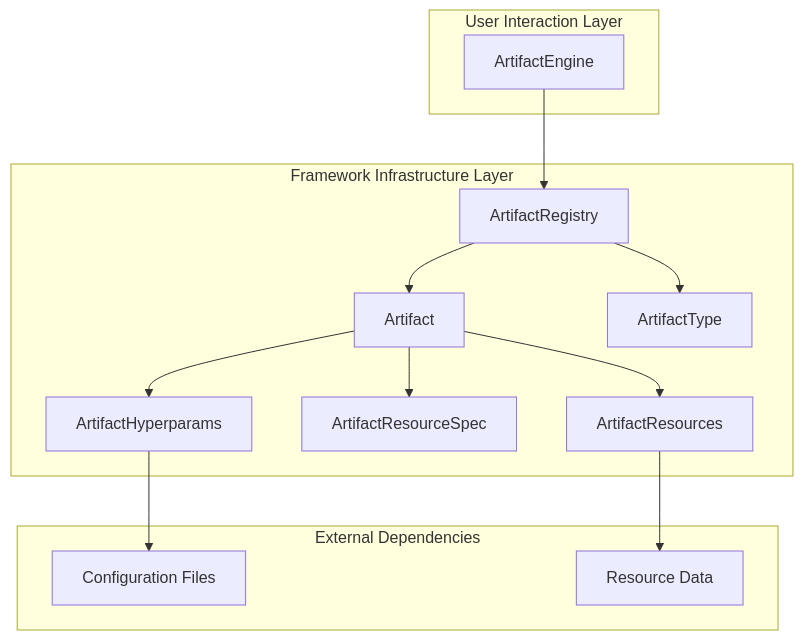
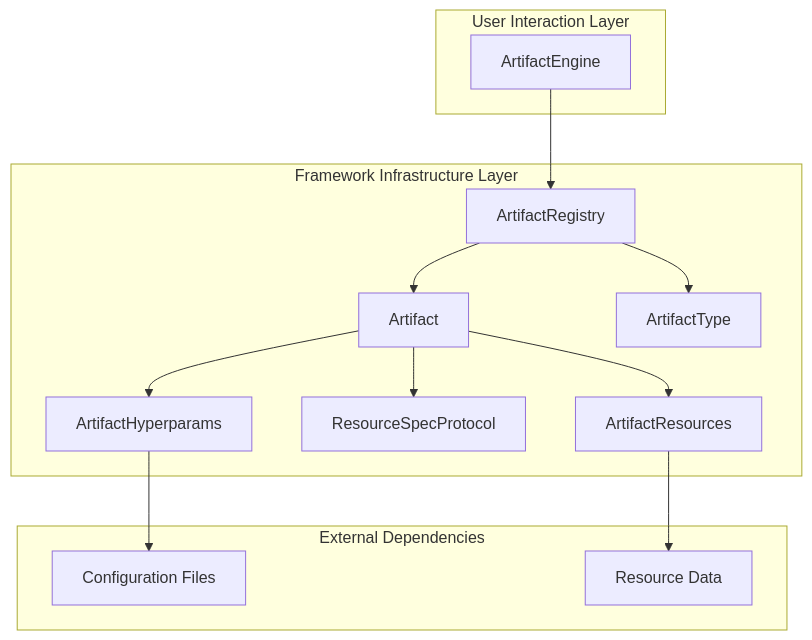
Before and after one commit to vasileios-ektor-papoulias/artifact-ml: the diagram in artifact-core/docs/architecture.md, drawn with Mermaid. The commit also changed 8 other files, not shown here.

````diff
--- a/artifact-core/docs/architecture.md
+++ b/artifact-core/docs/architecture.md
@@ -25,30 +25,30 @@
 ```mermaid
 graph TB
     subgraph "User Interaction Layer"
         AE[ArtifactEngine]
     end
     
     subgraph "Framework Infrastructure Layer"
         A[Artifact]
         AREG[ArtifactRegistry]
         AT[ArtifactType]
         AR[ArtifactResources]
-        ARS[ArtifactResourceSpec]
+        ARS[ResourceSpecProtocol]
         AH[ArtifactHyperparams]
     end
     
     subgraph "External Dependencies"
         Config["Configuration Files"]
         Data["Resource Data"]
     end
     
     %% Dependencies (A uses B)
     AE --> AREG
     AREG --> AT
     AREG --> A
     A --> AR
     A --> ARS
     A --> AH
     AH --> Config
     AR --> Data
 ```
````
